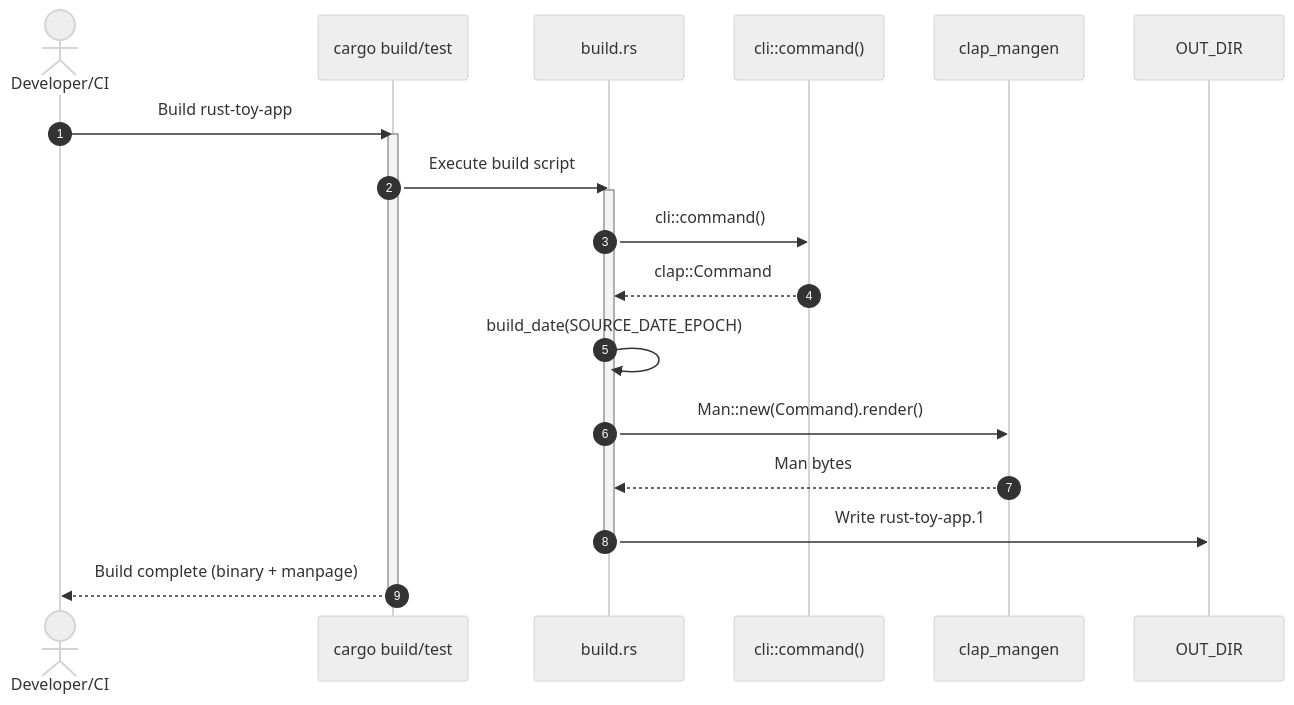
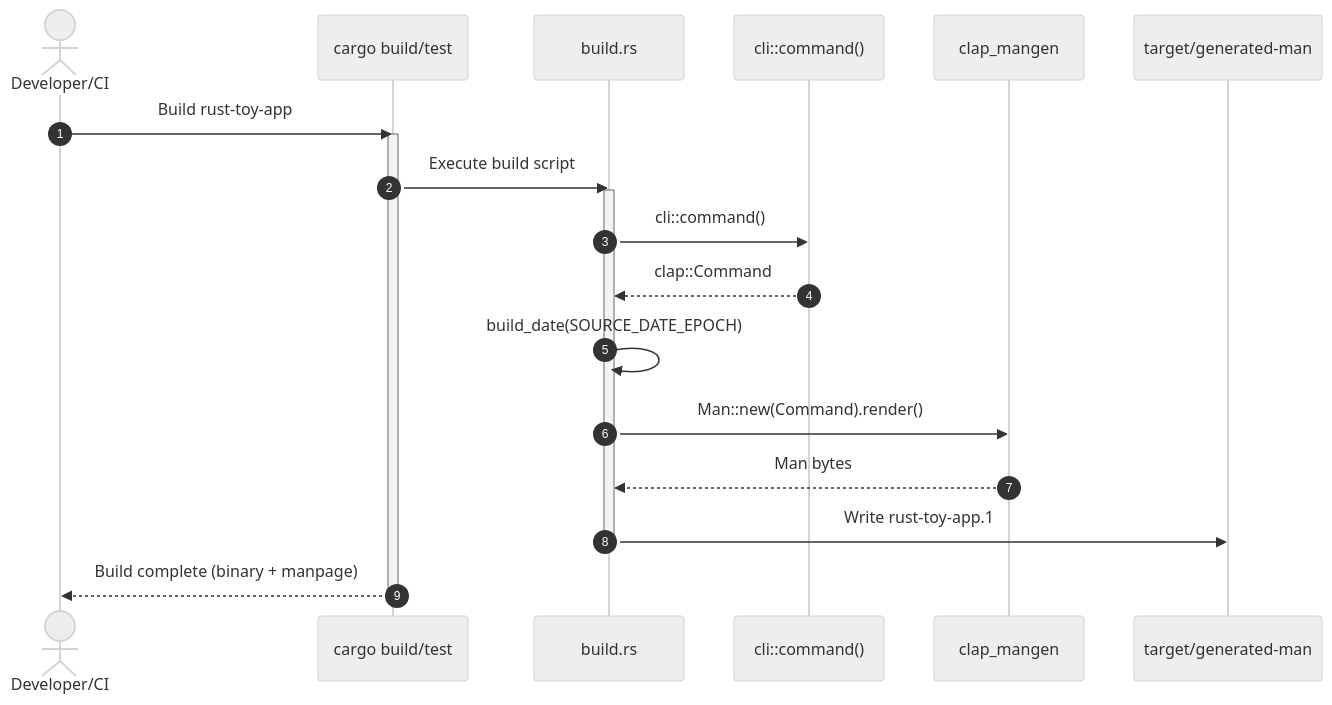
Before and after one commit to leynos/shared-actions: the diagram in docs/rust-build-release-pipeline.md, drawn with Mermaid (neutral theme). The commit also changed other lines of this file and 4 other files, not shown here.

````diff
--- a/docs/rust-build-release-pipeline.md
+++ b/docs/rust-build-release-pipeline.md
@@ -188,24 +236,24 @@
 ```mermaid
 sequenceDiagram
   autonumber
   actor Dev as Developer/CI
   participant Cargo as cargo build/test
   participant BuildRS as build.rs
   participant CLI as cli::command()
   participant Mangen as clap_mangen
-  participant FS as OUT_DIR
+  participant FS as target/generated-man
 
   Dev->>Cargo: Build rust-toy-app
   activate Cargo
   Cargo->>BuildRS: Execute build script
   activate BuildRS
   BuildRS->>CLI: cli::command()
   CLI-->>BuildRS: clap::Command
   BuildRS->>BuildRS: build_date(SOURCE_DATE_EPOCH)
   BuildRS->>Mangen: Man::new(Command).render()
   Mangen-->>BuildRS: Man bytes
   BuildRS->>FS: Write rust-toy-app.1
   deactivate BuildRS
   Cargo-->>Dev: Build complete (binary + manpage)
   deactivate Cargo
 ```
````
